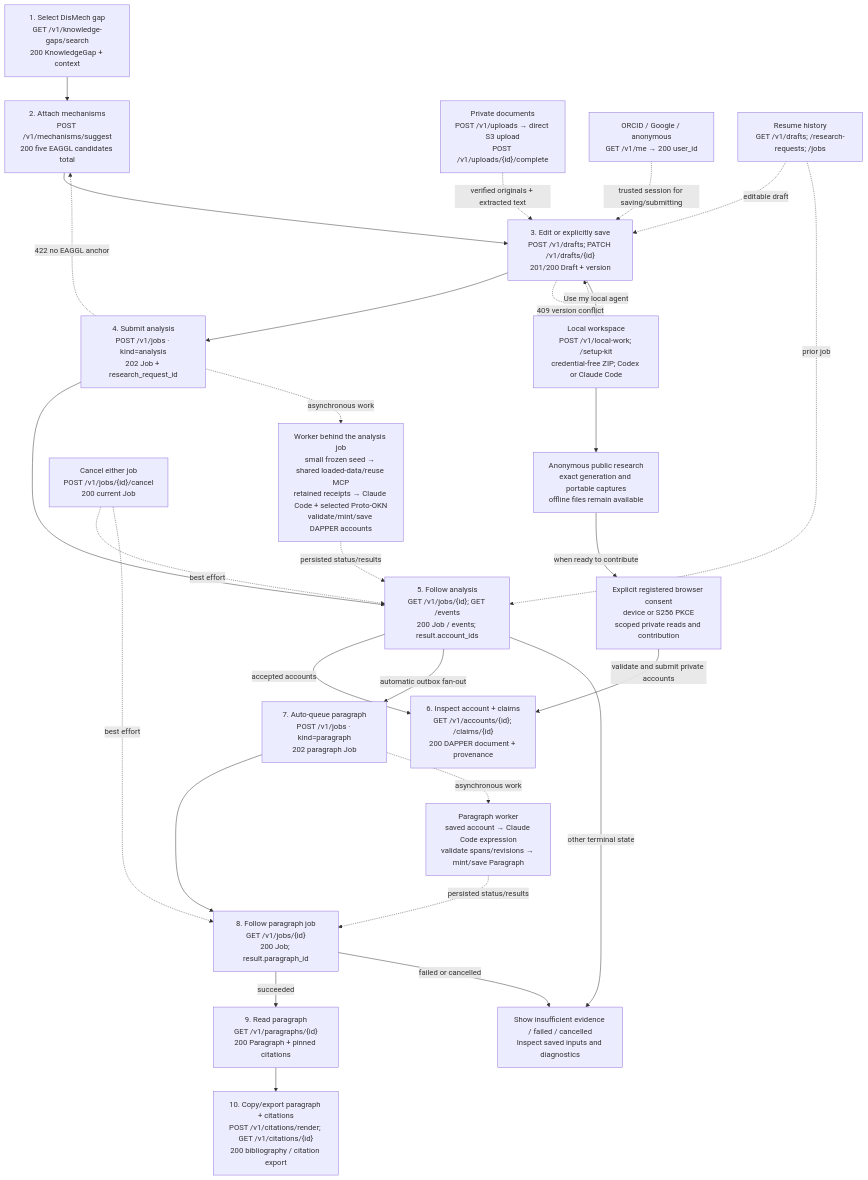
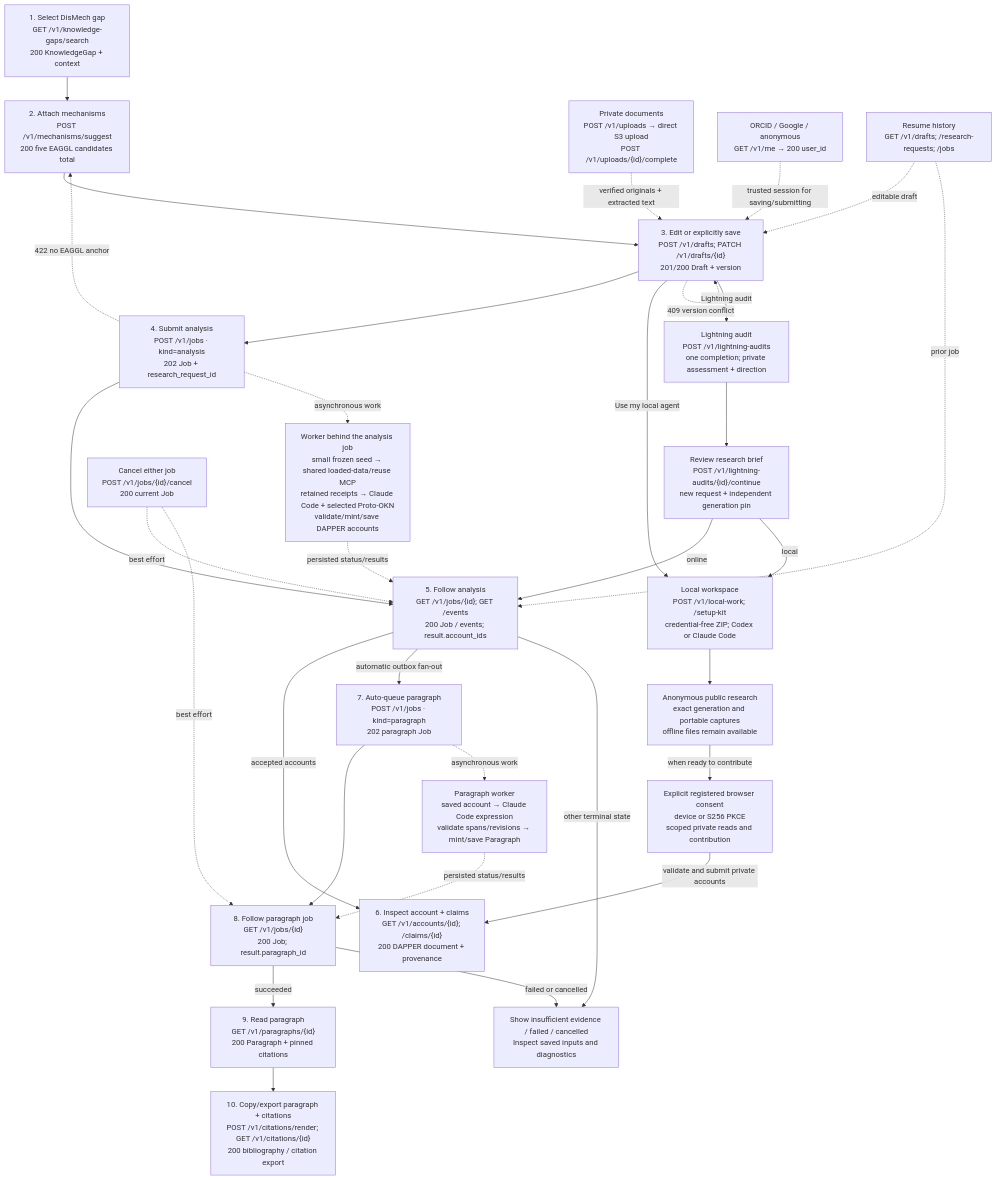
One commit to yakaboskic/reveal-mechanisms changed the diagram in api/reveal-openapi/flow.mmd. Above: the diagram before and after it, drawn with Mermaid. The commit also changed 87 other files, not shown here.

Commit message:
Add private Lightning audits and agent continuations

```diff
--- a/api/reveal-openapi/flow.mmd
+++ b/api/reveal-openapi/flow.mmd
@@ -1,37 +1,42 @@
 flowchart TB
   G["1. Select DisMech gap<br/>GET /v1/knowledge-gaps/search<br/>200 KnowledgeGap + context"]
   M["2. Attach mechanisms<br/>POST /v1/mechanisms/suggest<br/>200 five EAGGL candidates total"]
   D["3. Edit or explicitly save<br/>POST /v1/drafts; PATCH /v1/drafts/{id}<br/>201/200 Draft + version"]
   A["4. Submit analysis<br/>POST /v1/jobs · kind=analysis<br/>202 Job + research_request_id"]
   J["5. Follow analysis<br/>GET /v1/jobs/{id}; GET /events<br/>200 Job / events; result.account_ids"]
   S["6. Inspect account + claims<br/>GET /v1/accounts/{id}; /claims/{id}<br/>200 DAPPER document + provenance"]
   P["7. Auto-queue paragraph<br/>POST /v1/jobs · kind=paragraph<br/>202 paragraph Job"]
   Q["8. Follow paragraph job<br/>GET /v1/jobs/{id}<br/>200 Job; result.paragraph_id"]
   T["9. Read paragraph<br/>GET /v1/paragraphs/{id}<br/>200 Paragraph + pinned citations"]
   C["10. Copy/export paragraph + citations<br/>POST /v1/citations/render; GET /v1/citations/{id}<br/>200 bibliography / citation export"]
   U["Private documents<br/>POST /v1/uploads → direct S3 upload<br/>POST /v1/uploads/{id}/complete"] -. verified originals + extracted text .-> D
   G --> M --> D --> A --> J
   L["Local workspace<br/>POST /v1/local-work; /setup-kit<br/>credential-free ZIP; Codex or Claude Code"]
   R["Anonymous public research<br/>exact generation and portable captures<br/>offline files remain available"]
   O["Explicit registered browser consent<br/>device or S256 PKCE<br/>scoped private reads and contribution"]
   D -->|Use my local agent| L --> R -->|when ready to contribute| O
+  LA["Lightning audit<br/>POST /v1/lightning-audits<br/>one completion; private assessment + direction"]
+  LB["Review research brief<br/>POST /v1/lightning-audits/{id}/continue<br/>new request + independent generation pin"]
+  D -->|Lightning audit| LA --> LB
+  LB -->|online| J
+  LB -->|local| L
   O -->|validate and submit private accounts| S
   J -->|accepted accounts| S
   J -->|automatic outbox fan-out| P --> Q
   Q -->|succeeded| T --> C
   I["ORCID / Google / anonymous<br/>GET /v1/me → 200 user_id"] -. trusted session for saving/submitting .-> D
   H["Resume history<br/>GET /v1/drafts; /research-requests; /jobs"] -. editable draft .-> D
   H -. prior job .-> J
   D -. 409 version conflict .-> D
   A -. 422 no EAGGL anchor .-> M
   X["Cancel either job<br/>POST /v1/jobs/{id}/cancel<br/>200 current Job"] -. best effort .-> J
   X -. best effort .-> Q
   F["Show insufficient evidence / failed / cancelled<br/>Inspect saved inputs and diagnostics"]
   J -->|other terminal state| F
   Q -->|failed or cancelled| F
   W["Worker behind the analysis job<br/>small frozen seed → shared loaded-data/reuse MCP<br/>retained receipts → Claude Code + selected Proto-OKN<br/>validate/mint/save DAPPER accounts"]
   A -. asynchronous work .-> W
   W -. persisted status/results .-> J
   V["Paragraph worker<br/>saved account → Claude Code expression<br/>validate spans/revisions → mint/save Paragraph"]
   P -. asynchronous work .-> V
   V -. persisted status/results .-> Q
```
